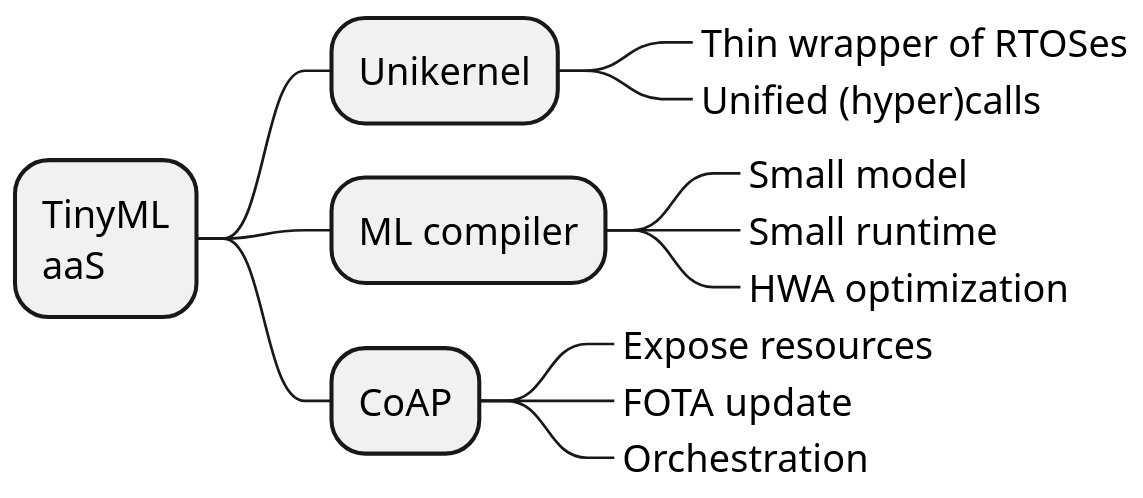
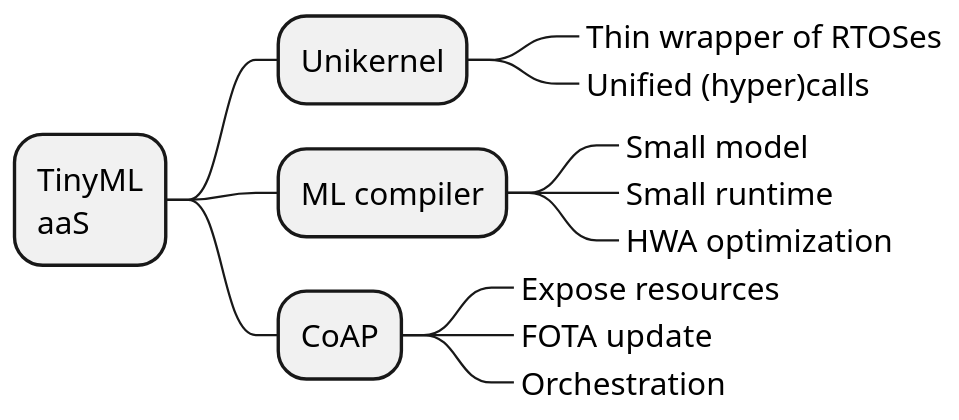
The second of 2 diagrams in summary-3enablers.puml (doyu/elc2019), drawn with PlantUML before and after one commit. The commit also changed 2 other files, not shown here.

```diff
--- a/summary-3enablers.puml
+++ b/summary-3enablers.puml
@@ -22,17 +22,17 @@
 @startmindmap
 
-scale 1.8
+scale 1.5
 * TinyML\naaS
 ** Unikernel
 ***_ Thin wrapper of RTOSes
 ***_ Unified (hyper)calls
 ** ML compiler
 ***_ Small model
 ***_ Small runtime
 ***_ HWA optimization
 ** CoAP
 ***_ Expose resources
 ***_ FOTA update
 ***_ Orchestration
 
 @endmindmap
```
